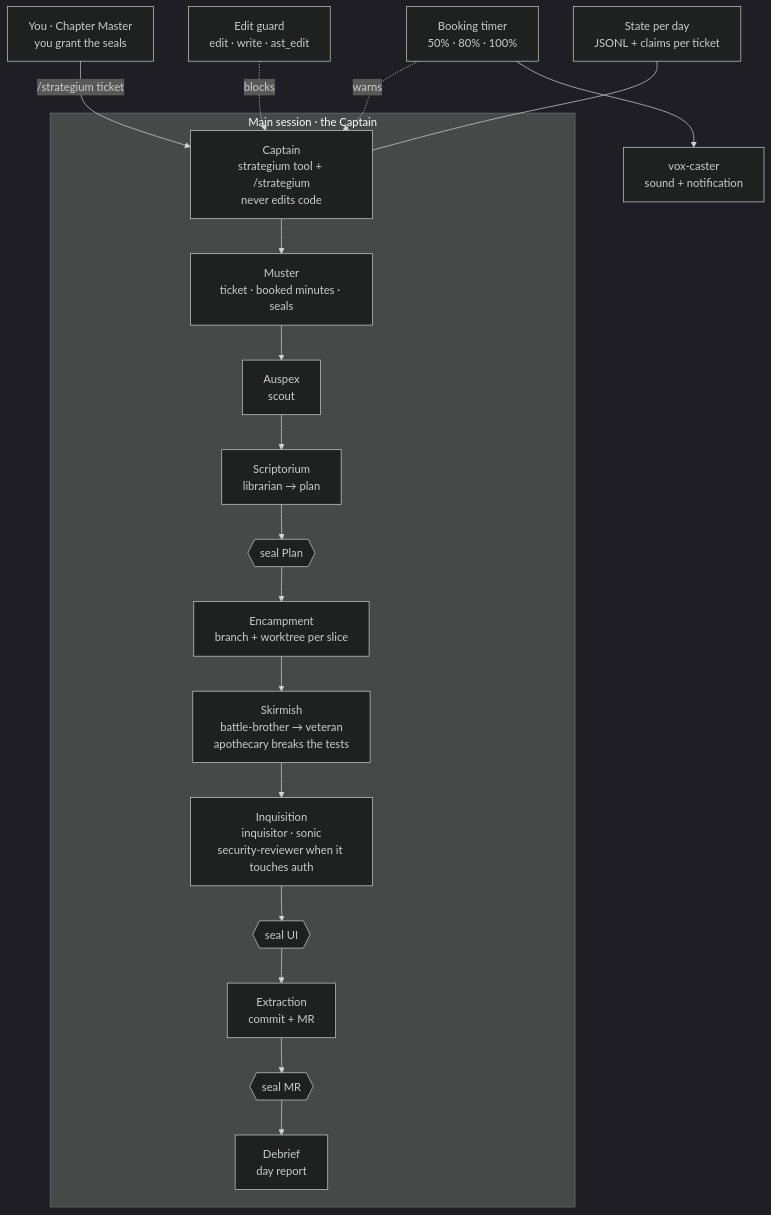
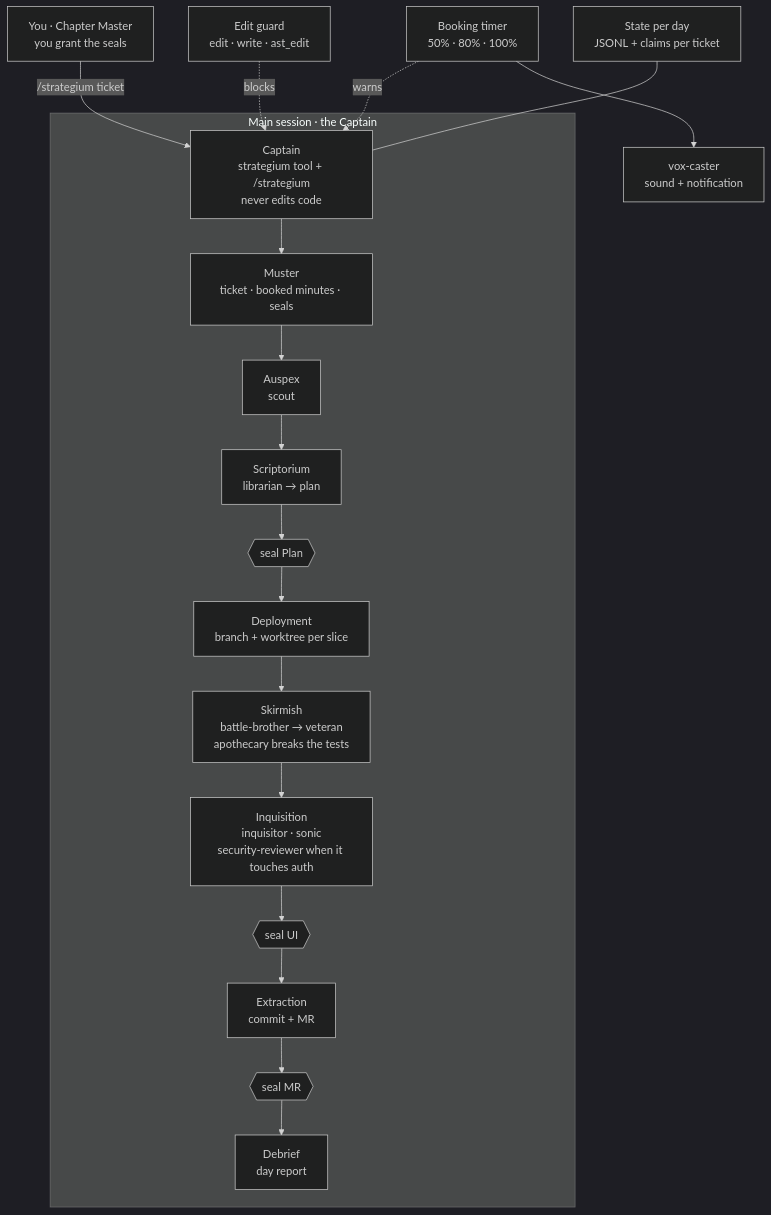
One commit to frandev94/strategium changed the diagram in README.md. Above: the diagram before and after it, drawn with Mermaid (dark theme). The commit also changed other lines of this file and 2 other files, not shown here.

First line of the commit message:
docs: keep Deployment for the station that puts the slices in position

````diff
--- a/README.md
+++ b/README.md
@@ -33,22 +33,22 @@
 ```mermaid
 flowchart TB
   U["You · Chapter Master<br/>you grant the seals"] -->|"/strategium ticket"| C
   subgraph run["Main session · the Captain"]
     C["Captain<br/>strategium tool + /strategium<br/>never edits code"]
     C --> M["Muster<br/>ticket · booked minutes · seals"]
     M --> A["Auspex<br/>scout"]
     A --> B["Scriptorium<br/>librarian → plan"]
     B --> S1{{"seal Plan"}}
-    S1 --> D["Encampment<br/>branch + worktree per slice"]
+    S1 --> D["Deployment<br/>branch + worktree per slice"]
     D --> E["Skirmish<br/>battle-brother → veteran<br/>apothecary breaks the tests"]
     E --> I["Inquisition<br/>inquisitor · sonic<br/>security-reviewer when it touches auth"]
     I --> S2{{"seal UI"}}
     S2 --> X["Extraction<br/>commit + MR"]
     X --> S3{{"seal MR"}}
     S3 --> F["Debrief<br/>day report"]
   end
   T["Booking timer<br/>50% · 80% · 100%"] -.->|warns| C
   T --> V["vox-caster<br/>sound + notification"]
   G["Edit guard<br/>edit · write · ast_edit"] -.->|blocks| C
   R["State per day<br/>JSONL + claims per ticket"] --- C
 ```
````
